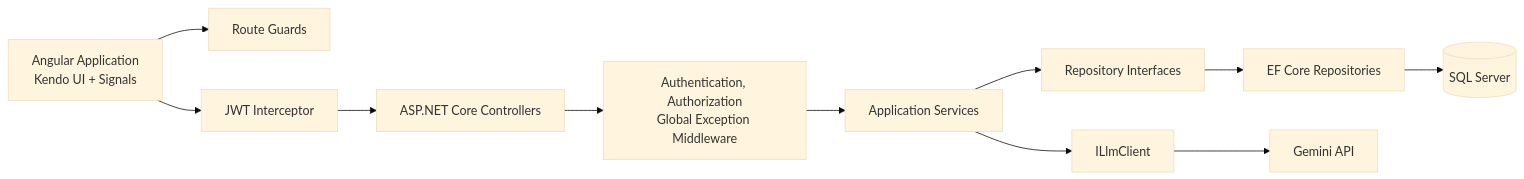
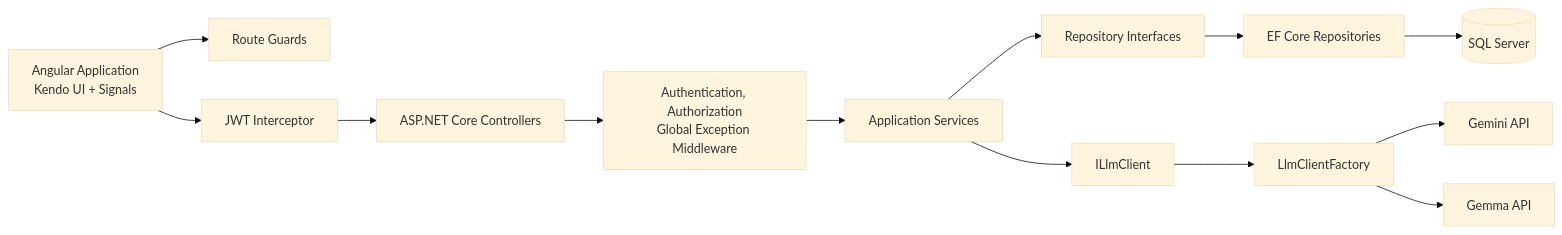
One commit to AayushGargITT/AayushGarg-LearnCode-2025-26 changed the first of 17 diagrams in ResourceMindAi/readme.md. Above: the diagram before and after it, drawn with Mermaid (base theme). The commit also changed other lines of this file and 19 other files, not shown here.

Commit message:
also configure Gemma Ai Model, and use factory Pattern. Also now %developer also consider as skills not role.

````diff
--- a/ResourceMindAi/readme.md
+++ b/ResourceMindAi/readme.md
@@ -34,25 +35,29 @@
 ```mermaid
 flowchart LR
     Browser["Angular Application<br/>Kendo UI + Signals"]
     Guard["Route Guards"]
     Interceptor["JWT Interceptor"]
     API["ASP.NET Core Controllers"]
     Middleware["Authentication, Authorization<br/>Global Exception Middleware"]
     Services["Application Services"]
     Repositories["Repository Interfaces"]
     EF["EF Core Repositories"]
     DB[("SQL Server")]
     LLM["ILlmClient"]
+    Factory["LlmClientFactory"]
     Gemini["Gemini API"]
+    Gemma["Gemma API"]
 
     Browser --> Guard
     Browser --> Interceptor
     Interceptor --> API
     API --> Middleware
     Middleware --> Services
     Services --> Repositories
     Repositories --> EF
     EF --> DB
     Services --> LLM
-    LLM --> Gemini
+    LLM --> Factory
+    Factory --> Gemini
+    Factory --> Gemma
 ```
````
